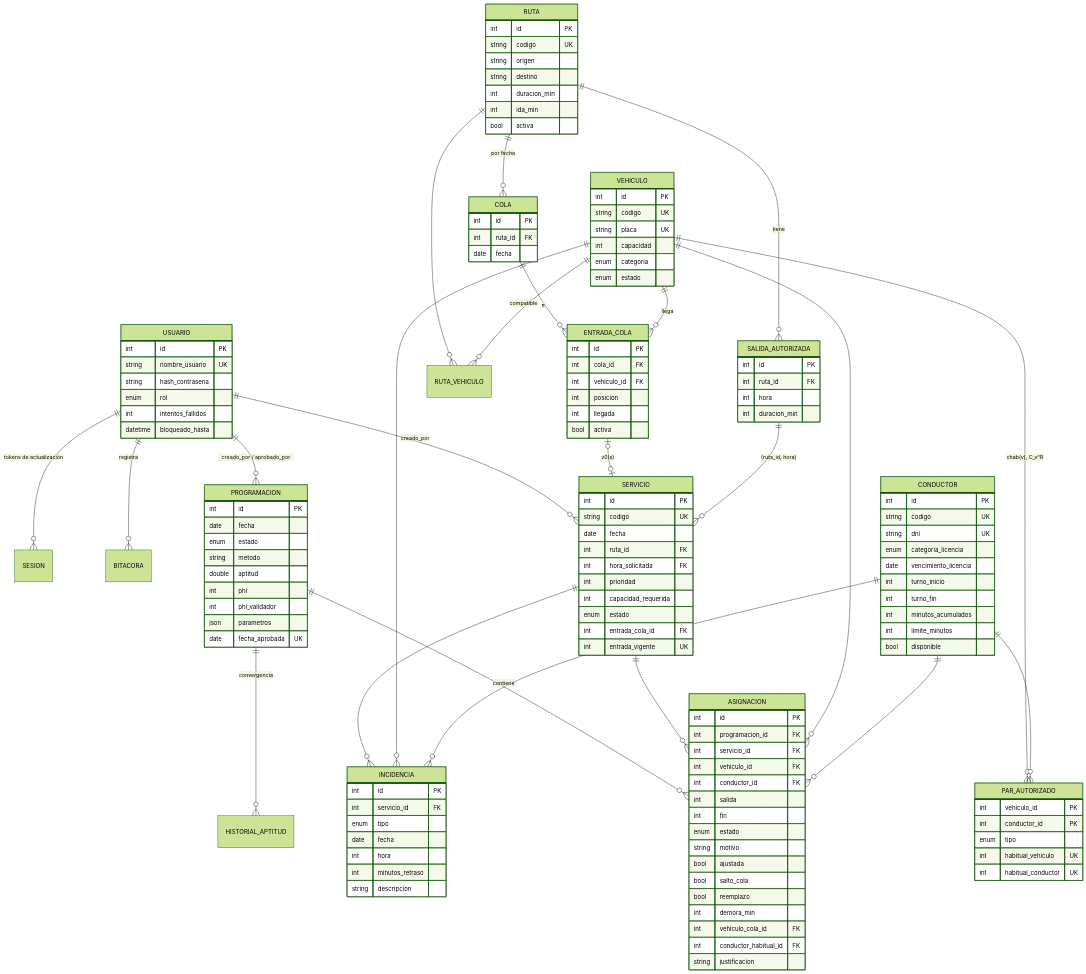
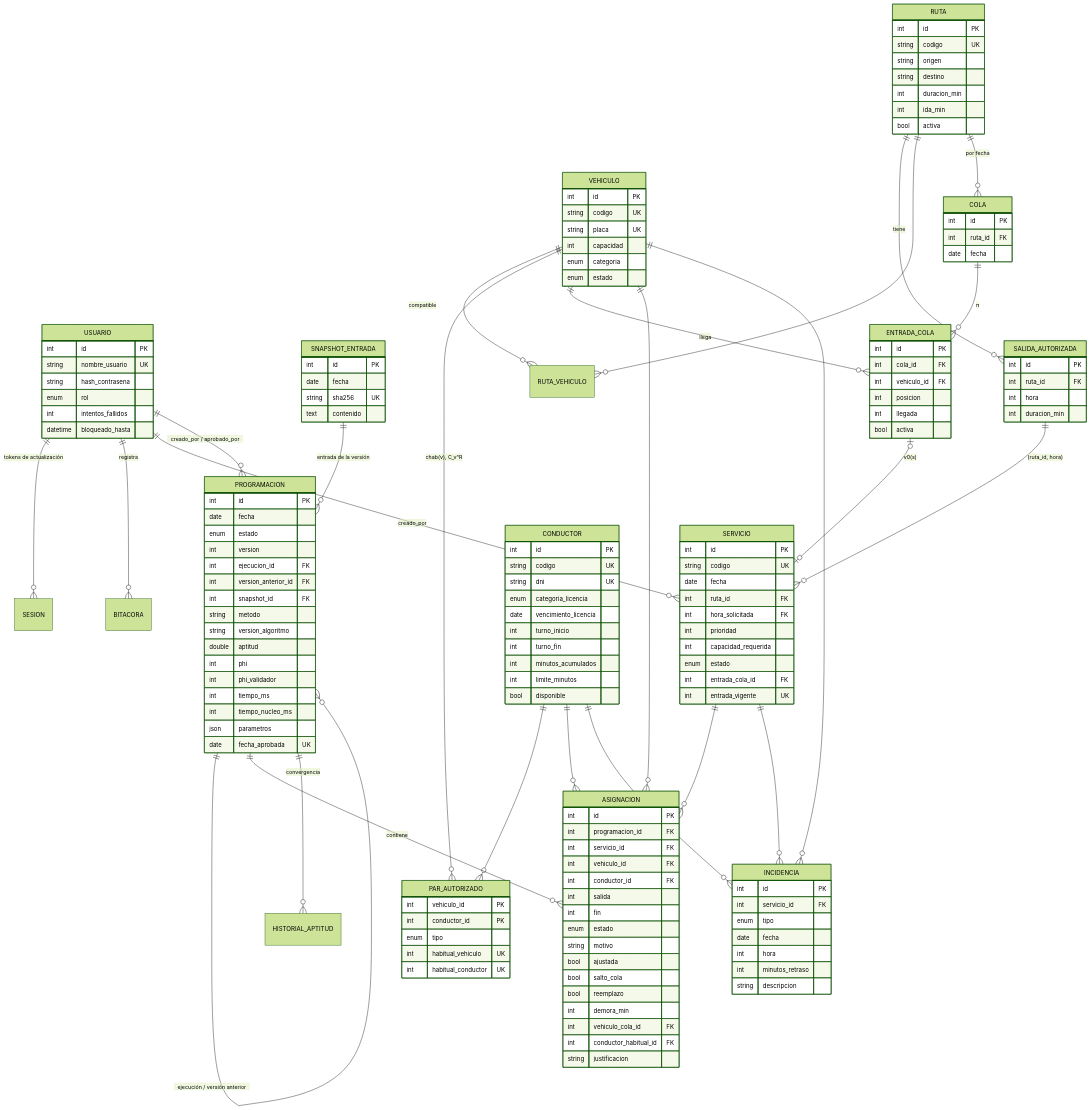
Diagram 13 of 13 in docs/uml.md (Madafaka17/sistema-asignacion-san-felipe), drawn with Mermaid (forest theme) before and after one commit. The commit also changed other lines of this file and 18 other files, not shown here.

```diff
--- a/docs/uml.md
+++ b/docs/uml.md
@@ -731,6 +760,8 @@
   USUARIO ||--o{ BITACORA : "registra"
   USUARIO ||--o{ SERVICIO : "creado_por"
   USUARIO ||--o{ PROGRAMACION : "creado_por / aprobado_por"
+  SNAPSHOT_ENTRADA ||--o{ PROGRAMACION : "entrada de la versión"
+  PROGRAMACION ||--o{ PROGRAMACION : "ejecución / versión anterior"
   RUTA ||--o{ SALIDA_AUTORIZADA : "tiene"
   RUTA ||--o{ RUTA_VEHICULO : ""
   VEHICULO ||--o{ RUTA_VEHICULO : "compatible"
@@ -821,12 +852,25 @@
     int id PK
     date fecha
     enum estado
+    int version
+    int ejecucion_id FK
+    int version_anterior_id FK
+    int snapshot_id FK
     string metodo
+    string version_algoritmo
     double aptitud
     int phi
     int phi_validador
+    int tiempo_ms
+    int tiempo_nucleo_ms
     json parametros
     date fecha_aprobada UK
+  }
+  SNAPSHOT_ENTRADA {
+    int id PK
+    date fecha
+    string sha256 UK
+    text contenido
   }
   ASIGNACION {
     int id PK
```
